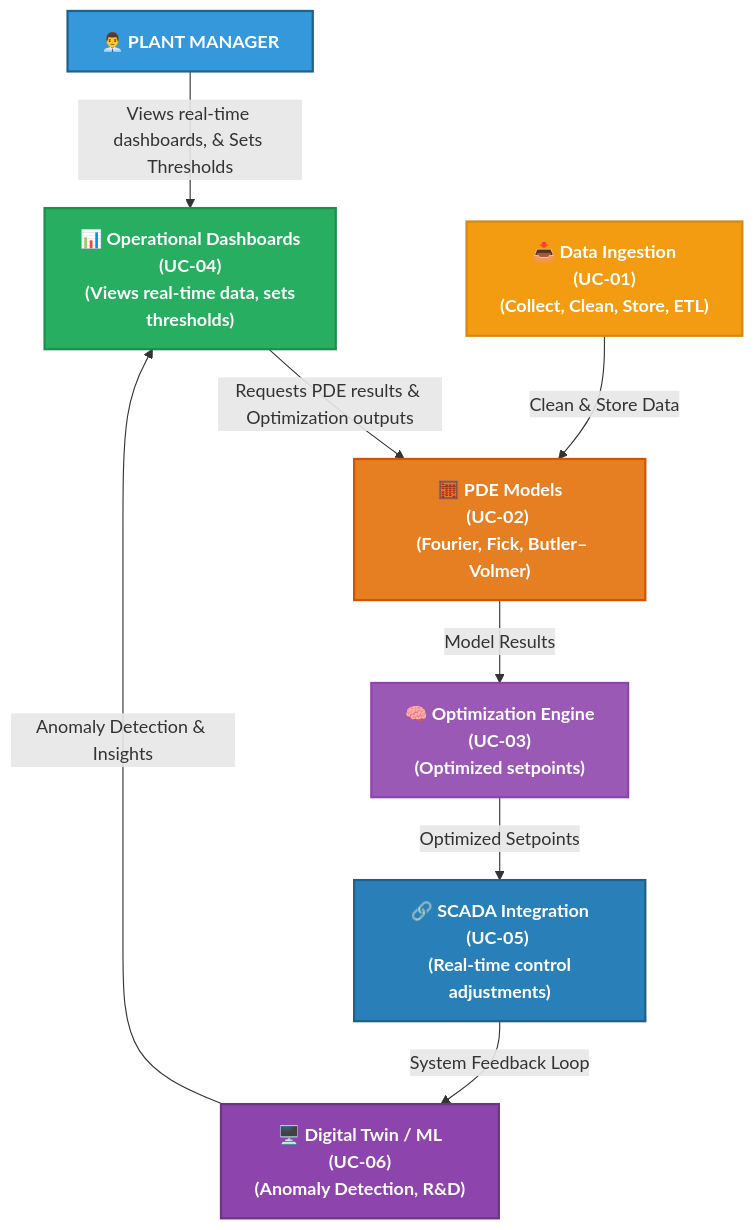
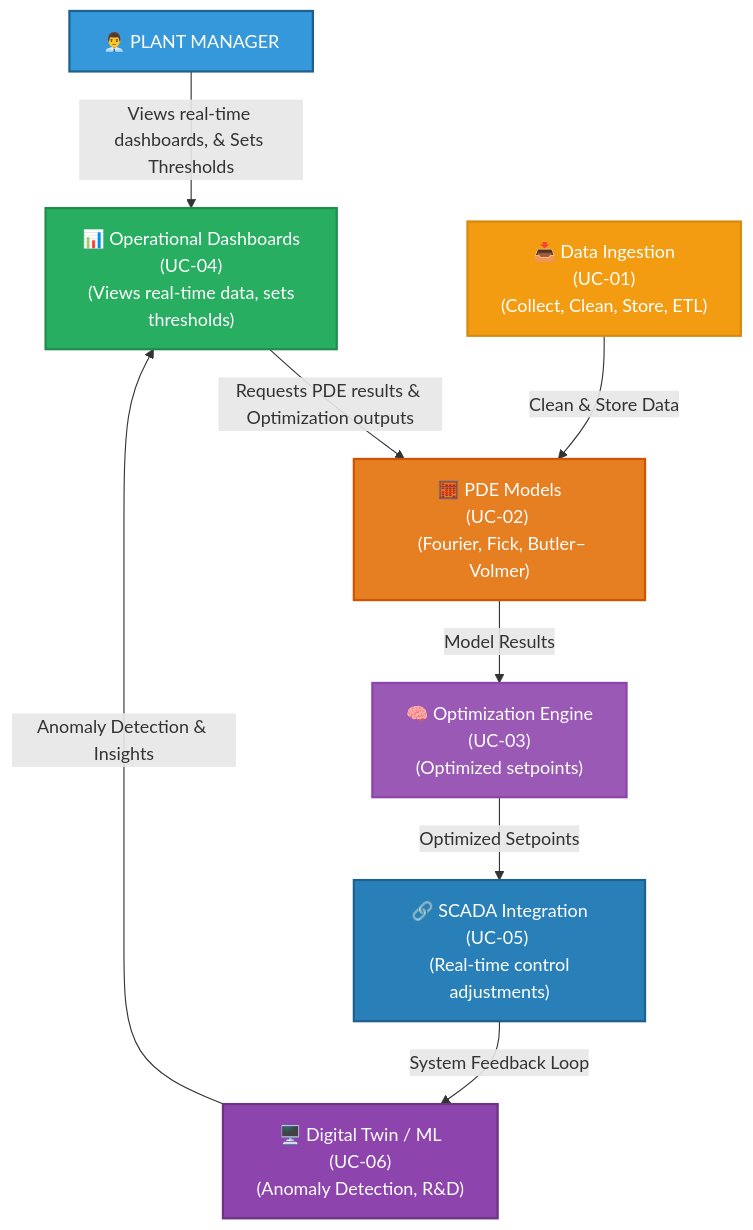
Before and after one commit to suprachakra/Digital-Smelting-Optimization: the first of 2 diagrams in Digital Transformation & Delivery/STRATEGY.md, drawn with Mermaid.

````diff
--- a/Digital Transformation & Delivery/STRATEGY.md
+++ b/Digital Transformation & Delivery/STRATEGY.md
@@ -142,33 +142,33 @@
 ```mermaid
 flowchart TD
     A["👨‍💼 PLANT MANAGER"] -- "Views real-time dashboards, & Sets Thresholds" --> B["📊 Operational Dashboards<br> (UC-04) <br> (Views real-time data, sets thresholds)"]
     B -- Requests PDE results & Optimization outputs --> D["🧮 PDE Models<br>(UC-02) <br> (Fourier, Fick, Butler–Volmer)"]
     C["📥 Data Ingestion<br> (UC-01) <br> (Collect, Clean, Store, ETL)"] -- Clean & Store Data --> D
     D -- Model Results --> E["🧠 Optimization Engine<br>(UC-03) <br> (Optimized setpoints)"]
     E -- Optimized Setpoints --> F["🔗 SCADA Integration<br>(UC-05) <br> (Real-time control adjustments)"]
     F -- System Feedback Loop --> G["🖥️ Digital Twin / ML<br> (UC-06) <br> (Anomaly Detection, R&amp;D)"]
     G -- Anomaly Detection & Insights --> B
     
      A:::actor
      A:::actor
      B:::dashboard
      B:::dashboard
      D:::process
      D:::process
      C:::data
      C:::data
      E:::optimization
      E:::optimization
      F:::scada
      F:::scada
      G:::ml
      G:::ml
-    classDef title fill:#2C3E50,stroke:#2C3E50,stroke-width:2px,color:white,font-size:18px,font-weight:bold
-    classDef actor fill:#3498DB,stroke:#1F618D,stroke-width:2px,color:white,font-weight:bold
-    classDef dashboard fill:#27AE60,stroke:#1F8E4D,stroke-width:2px,color:white,font-weight:bold
-    classDef data fill:#F39C12,stroke:#D68910,stroke-width:2px,color:white,font-weight:bold
-    classDef process fill:#E67E22,stroke:#D35400,stroke-width:2px,color:white,font-weight:bold
-    classDef optimization fill:#9B59B6,stroke:#8E44AD,stroke-width:2px,color:white,font-weight:bold
-    classDef scada fill:#2980B9,stroke:#1F618D,stroke-width:2px,color:white,font-weight:bold
-    classDef ml fill:#8E44AD,stroke:#6C3483,stroke-width:2px,color:white,font-weight:bold
+    classDef title fill:#2C3E50,stroke:#2C3E50,stroke-width:2px,color:white,font-size:18px
+    classDef actor fill:#3498DB,stroke:#1F618D,stroke-width:2px,color:white
+    classDef dashboard fill:#27AE60,stroke:#1F8E4D,stroke-width:2px,color:white
+    classDef data fill:#F39C12,stroke:#D68910,stroke-width:2px,color:white
+    classDef process fill:#E67E22,stroke:#D35400,stroke-width:2px,color:white
+    classDef optimization fill:#9B59B6,stroke:#8E44AD,stroke-width:2px,color:white
+    classDef scada fill:#2980B9,stroke:#1F618D,stroke-width:2px,color:white
+    classDef ml fill:#8E44AD,stroke:#6C3483,stroke-width:2px,color:white
 ```
````
